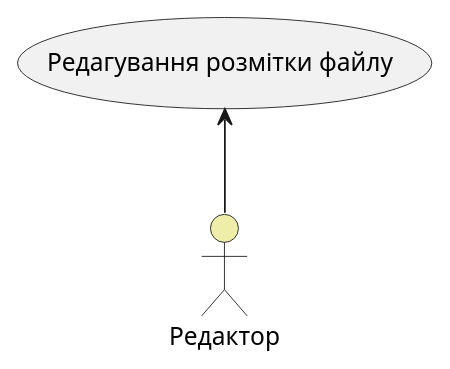
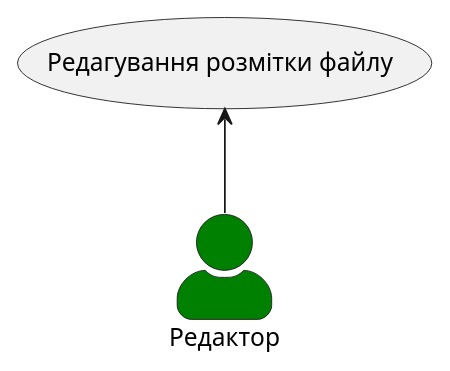
Before and after one commit to ELSheadali/IO-16_open-data-management-system: the third of 16 diagrams in docs/use cases/README.md, drawn with PlantUML. The commit also changed other lines of this file, not shown here.

```diff
--- a/docs/use cases/README.md
+++ b/docs/use cases/README.md
@@ -49,9 +49,9 @@
 @startuml
-
-actor "Редактор" as Editor #eeeeaa
+skinparam actorStyle awesome
+actor "Редактор" as Editor #008000
 
 usecase "Редагування розмітки файлу" as EditData
 
 Editor -u-> EditData
 
 @enduml
```
